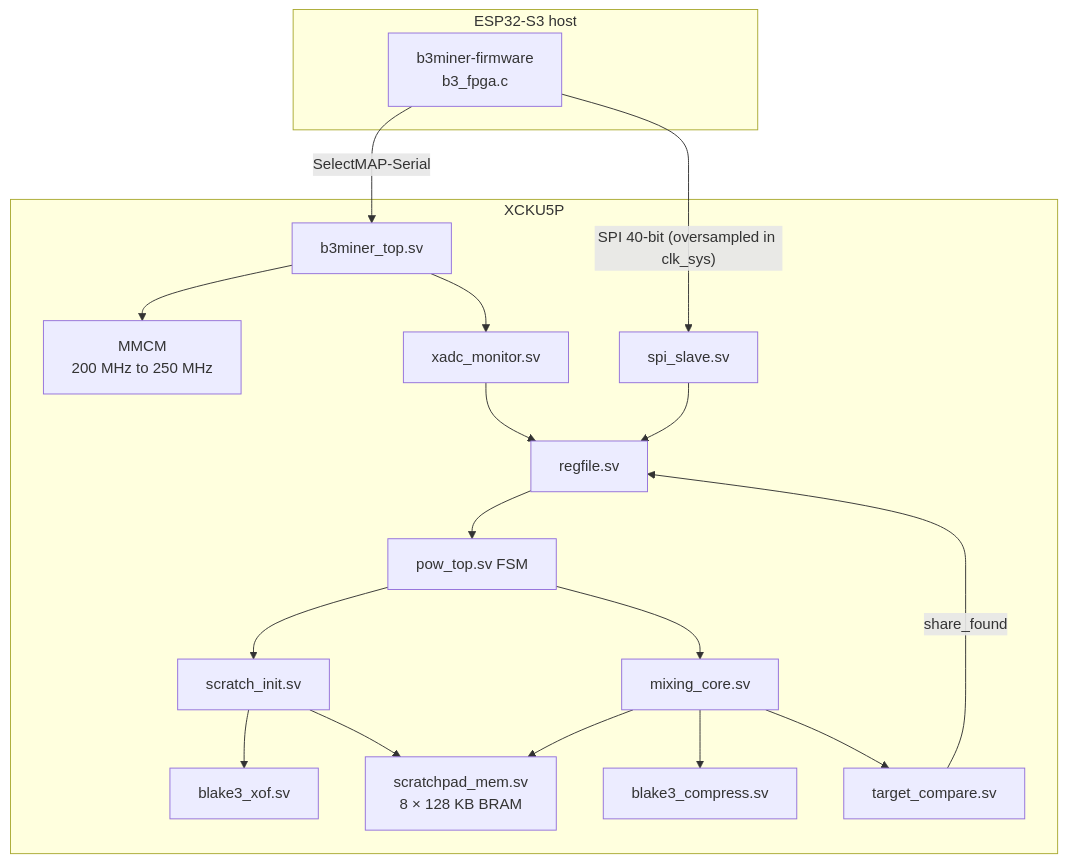
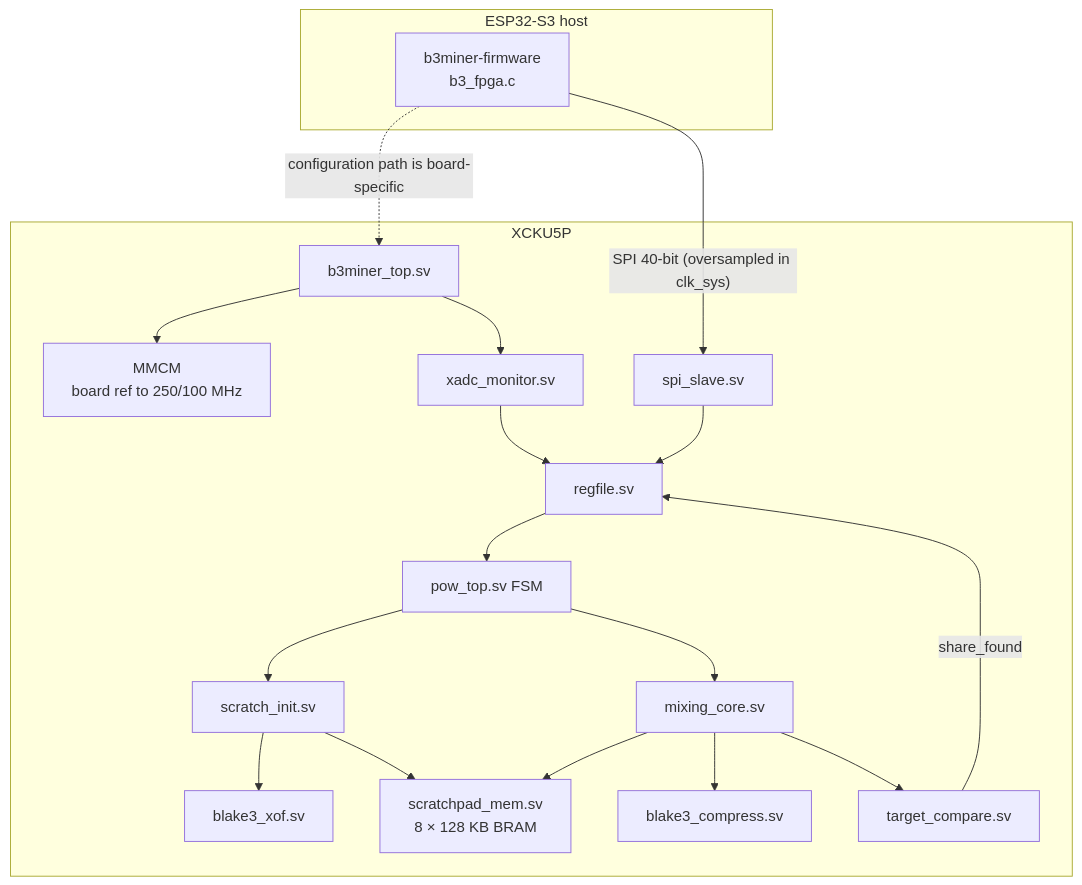
One commit to b3chain/b3chain changed the first of 2 diagrams in contrib/miner/b3miner-rtl/docs/architecture.md. Above: the diagram before and after it, drawn with Mermaid. The commit also changed other lines of this file and 125 other files, not shown here.

````diff
--- a/contrib/miner/b3miner-rtl/docs/architecture.md
+++ b/contrib/miner/b3miner-rtl/docs/architecture.md
@@ -3,34 +3,34 @@
 ```mermaid
 flowchart TD
     subgraph Host[ESP32-S3 host]
         FW[b3miner-firmware<br/>b3_fpga.c]
     end
 
     subgraph FPGA[XCKU5P]
         top[b3miner_top.sv]
-        mmcm["MMCM<br/>200 MHz to 250 MHz"]
+        mmcm["MMCM<br/>board ref to 250/100 MHz"]
         spi[spi_slave.sv]
         rf[regfile.sv]
         pow[pow_top.sv FSM]
         sinit[scratch_init.sv]
         spad[scratchpad_mem.sv<br/>8 × 128 KB BRAM]
         mix[mixing_core.sv]
         b3c[blake3_compress.sv]
         b3x[blake3_xof.sv]
         cmp[target_compare.sv]
         xadc[xadc_monitor.sv]
     end
 
-    FW -- SelectMAP-Serial --> top
+    FW -. "configuration path is board-specific" .-> top
     FW -- "SPI 40-bit (oversampled in clk_sys)" --> spi --> rf
     rf --> pow
     pow --> sinit --> b3x
     sinit --> spad
     pow --> mix
     mix --> spad
     mix --> b3c
     mix --> cmp
     cmp -- share_found --> rf
     top --> mmcm
     top --> xadc --> rf
 ```
````
